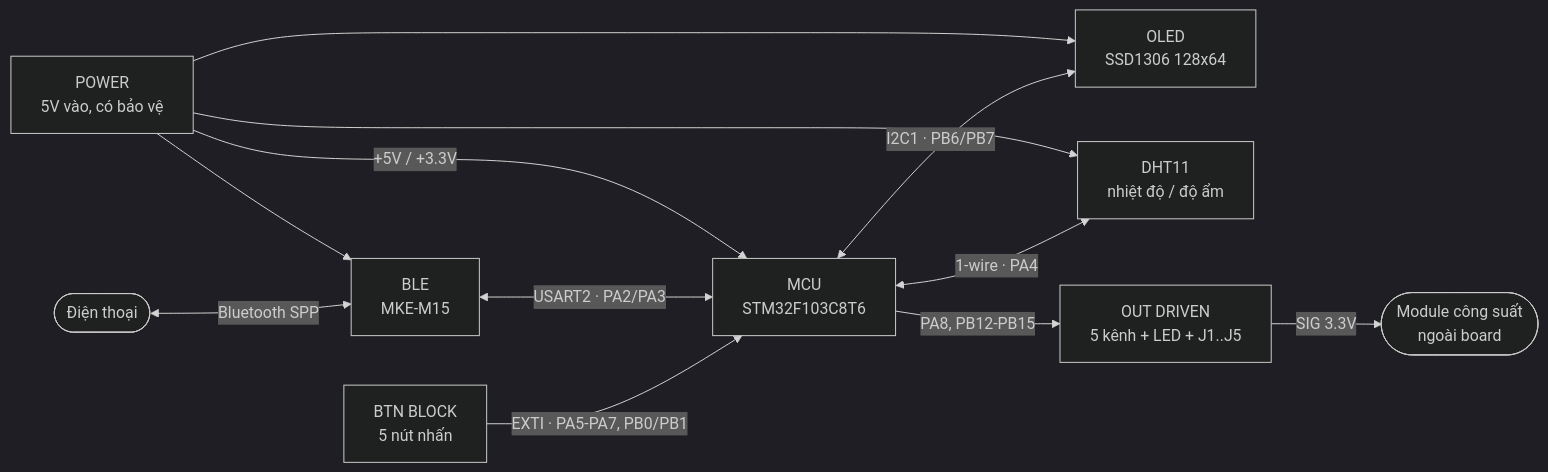
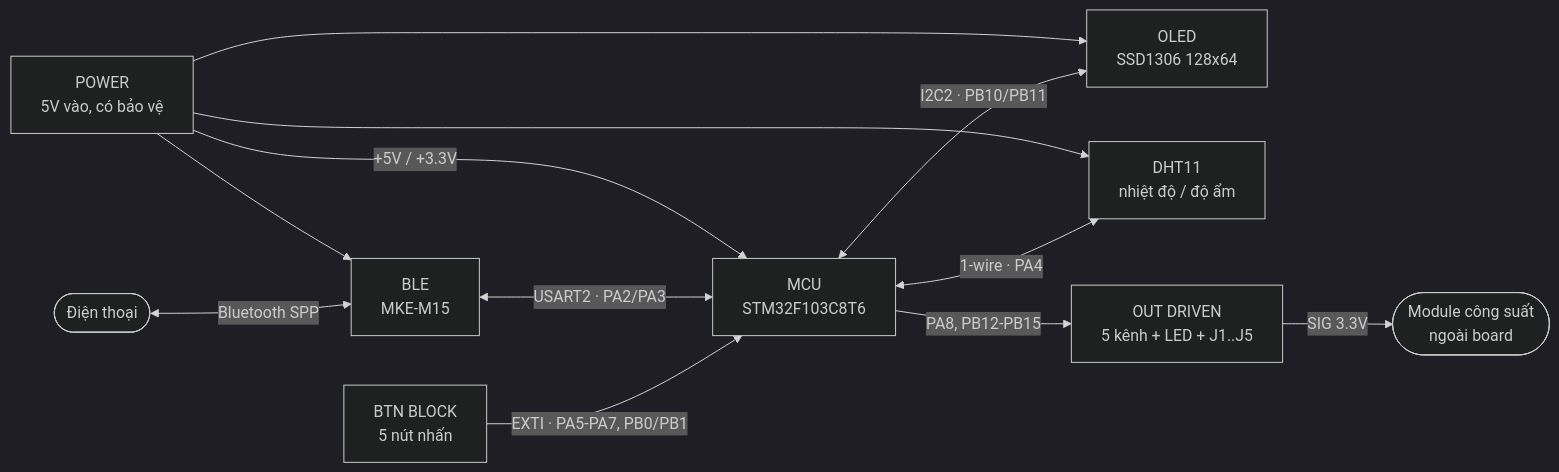
The diagram in docs/03-thiet-ke-phan-cung.md (Dungisme142/Bluetooth-Based-device-control), drawn with Mermaid (dark theme) before and after one commit. The commit also changed other lines of this file and 10 other files, not shown here.

````diff
--- a/docs/03-thiet-ke-phan-cung.md
+++ b/docs/03-thiet-ke-phan-cung.md
@@ -11,24 +11,24 @@
 ```mermaid
 flowchart LR
     PWR["POWER<br/>5V vào, có bảo vệ"]
     MCU["MCU<br/>STM32F103C8T6"]
     BLE["BLE<br/>MKE-M15"]
     OLED["OLED<br/>SSD1306 128x64"]
     DHT["DHT11<br/>nhiệt độ / độ ẩm"]
     BTN["BTN BLOCK<br/>5 nút nhấn"]
     OUT["OUT DRIVEN<br/>5 kênh + LED + J1..J5"]
     PHONE(["Điện thoại"])
     LOAD(["Module công suất<br/>ngoài board"])
 
     PWR -->|+5V / +3.3V| MCU
     PWR --> BLE
     PWR --> OLED
     PWR --> DHT
     PHONE <-->|Bluetooth SPP| BLE
     BLE <-->|USART2 · PA2/PA3| MCU
-    MCU <-->|I2C1 · PB6/PB7| OLED
+    MCU <-->|I2C2 · PB10/PB11| OLED
     MCU <-->|1-wire · PA4| DHT
     BTN -->|EXTI · PA5-PA7, PB0/PB1| MCU
     MCU -->|PA8, PB12-PB15| OUT
     OUT -->|SIG 3.3V| LOAD
 ```
````
